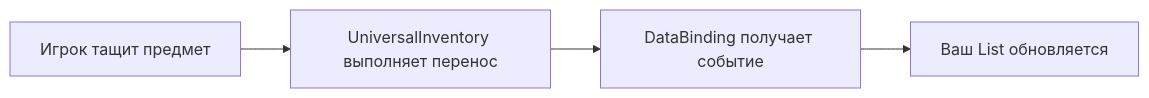
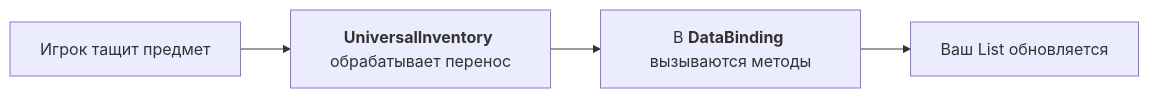
The diagram in .docs/content/getting-started/quick-start.md (SergeevSergey99/DragAndDropSystem-Docs), drawn with Mermaid before and after one commit. The commit also changed other lines of this file and 1 other file, not shown here.

````diff
--- a/.docs/content/getting-started/quick-start.md
+++ b/.docs/content/getting-started/quick-start.md
@@ -132,6 +131,6 @@
 ```mermaid
 flowchart LR
-    A["Игрок тащит предмет"] --> B["UniversalInventory выполняет перенос"]
-    B --> C["DataBinding получает событие"]
+    A["Игрок тащит предмет"] --> B["<b>UniversalInventory</b> обрабатывает перенос"]
+    B --> C["В <b>DataBinding</b> вызываются методы"]
     C --> D["Ваш List<ItemSO> обновляется"]
 ```
````
